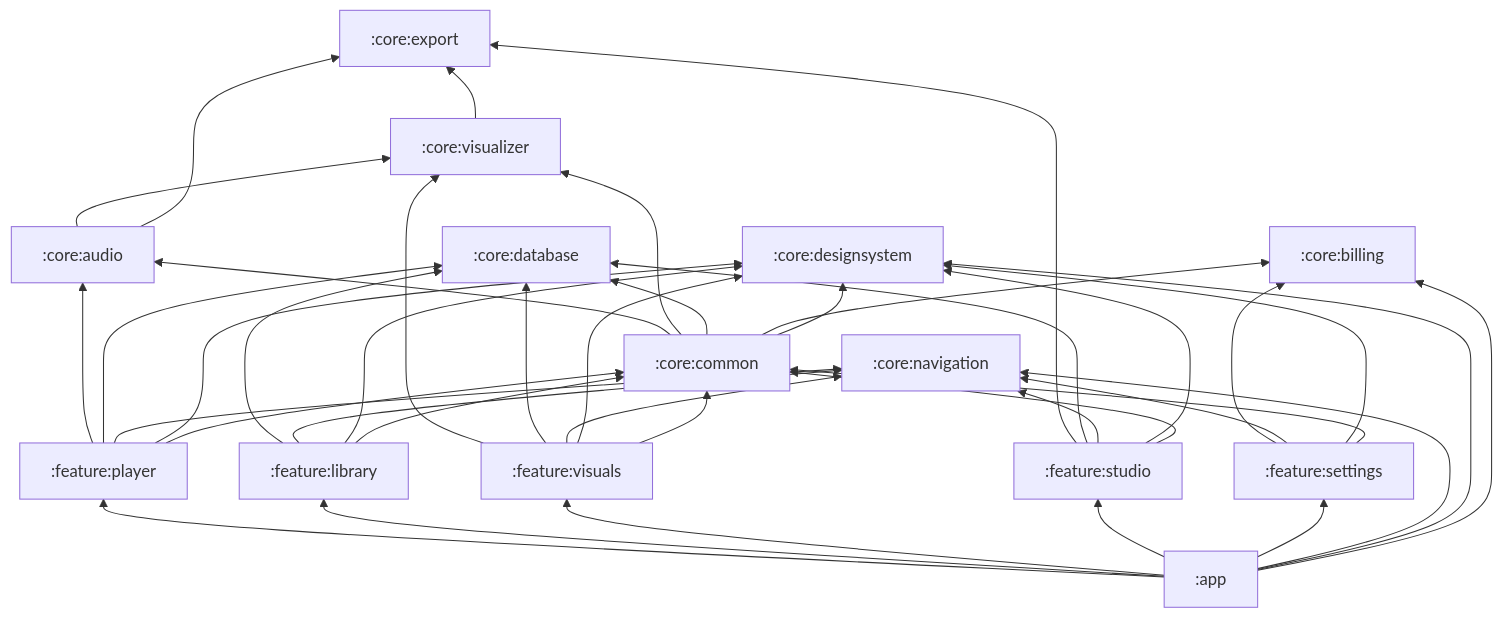
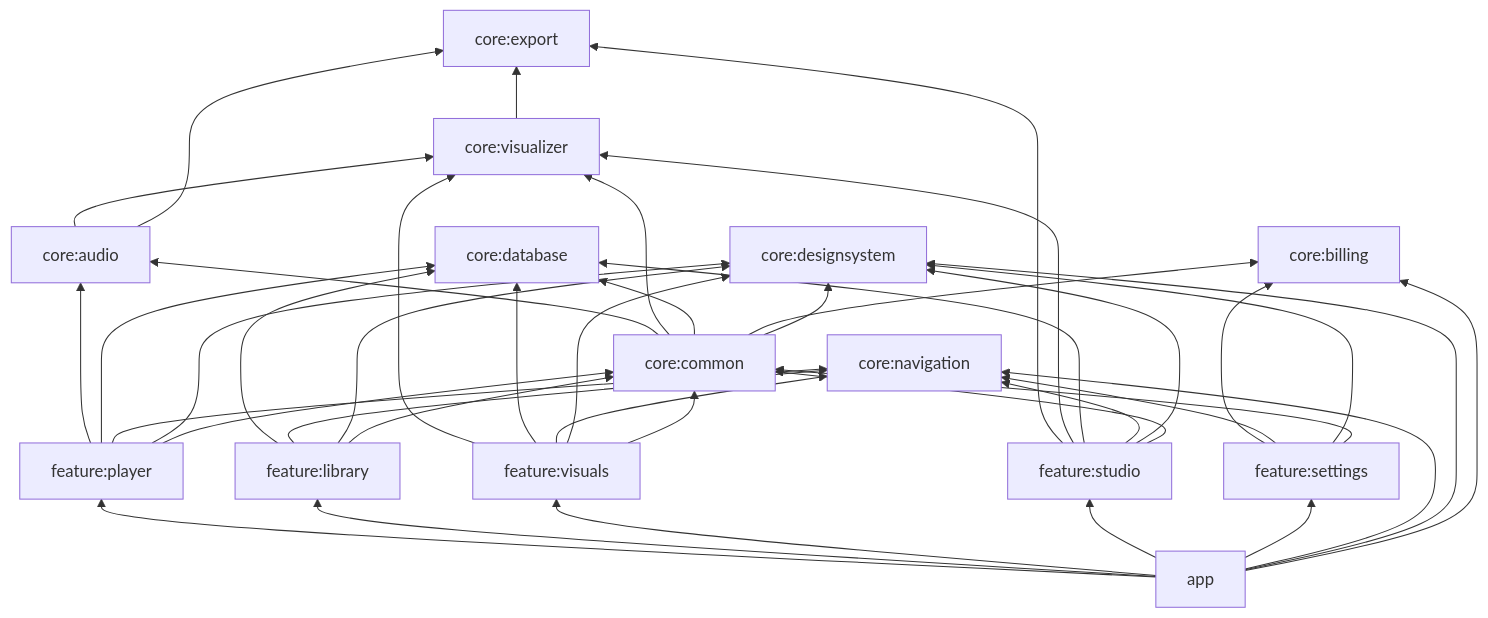
The first of 7 diagrams in docs/ARCHITECTURE_BLUEPRINT.md (tessie1993/music-visualizer-2), drawn with Mermaid before and after one commit. The commit also changed other lines of this file, not shown here.

Commit message:
docs(synesthesia): blueprint review fixes 1-9 (parity harness home, offline clamp, alpha lane, failure ownership table, player lifecycle, FSR/tiling reinstated, studio->vis edge, projectM placement, mermaid syntax)

````diff
--- a/docs/ARCHITECTURE_BLUEPRINT.md
+++ b/docs/ARCHITECTURE_BLUEPRINT.md
@@ -9,18 +9,18 @@
 ```mermaid
 graph BT
-  COMMON[:core:common] --> AUDIO[:core:audio]
-  COMMON --> VIS[:core:visualizer]
+  COMMON["core:common"] --> AUDIO["core:audio"]
+  COMMON --> VIS["core:visualizer"]
   AUDIO --> VIS
-  COMMON --> DB[:core:database]
-  COMMON --> BILLING[:core:billing]
-  COMMON --> DS[:core:designsystem]
-  VIS --> EXPORT[:core:export]
+  COMMON --> DB["core:database"]
+  COMMON --> BILLING["core:billing"]
+  COMMON --> DS["core:designsystem"]
+  VIS --> EXPORT["core:export"]
   AUDIO --> EXPORT
-  NAV[:core:navigation]
-  FPLAYER[:feature:player] --> AUDIO & DB & NAV & DS & COMMON
-  FLIB[:feature:library] --> DB & NAV & DS & COMMON
-  FVIS[:feature:visuals] --> VIS & DB & NAV & DS & COMMON
-  FSTUDIO[:feature:studio] --> EXPORT & DB & NAV & DS & COMMON
-  FSET[:feature:settings] --> BILLING & NAV & DS & COMMON
-  APP[:app] --> FPLAYER & FLIB & FVIS & FSTUDIO & FSET & NAV & DS & BILLING
+  NAV["core:navigation"]
+  FPLAYER["feature:player"] --> AUDIO & DB & NAV & DS & COMMON
+  FLIB["feature:library"] --> DB & NAV & DS & COMMON
+  FVIS["feature:visuals"] --> VIS & DB & NAV & DS & COMMON
+  FSTUDIO["feature:studio"] --> EXPORT & VIS & DB & NAV & DS & COMMON
+  FSET["feature:settings"] --> BILLING & NAV & DS & COMMON
+  APP["app"] --> FPLAYER & FLIB & FVIS & FSTUDIO & FSET & NAV & DS & BILLING
 ```
````
